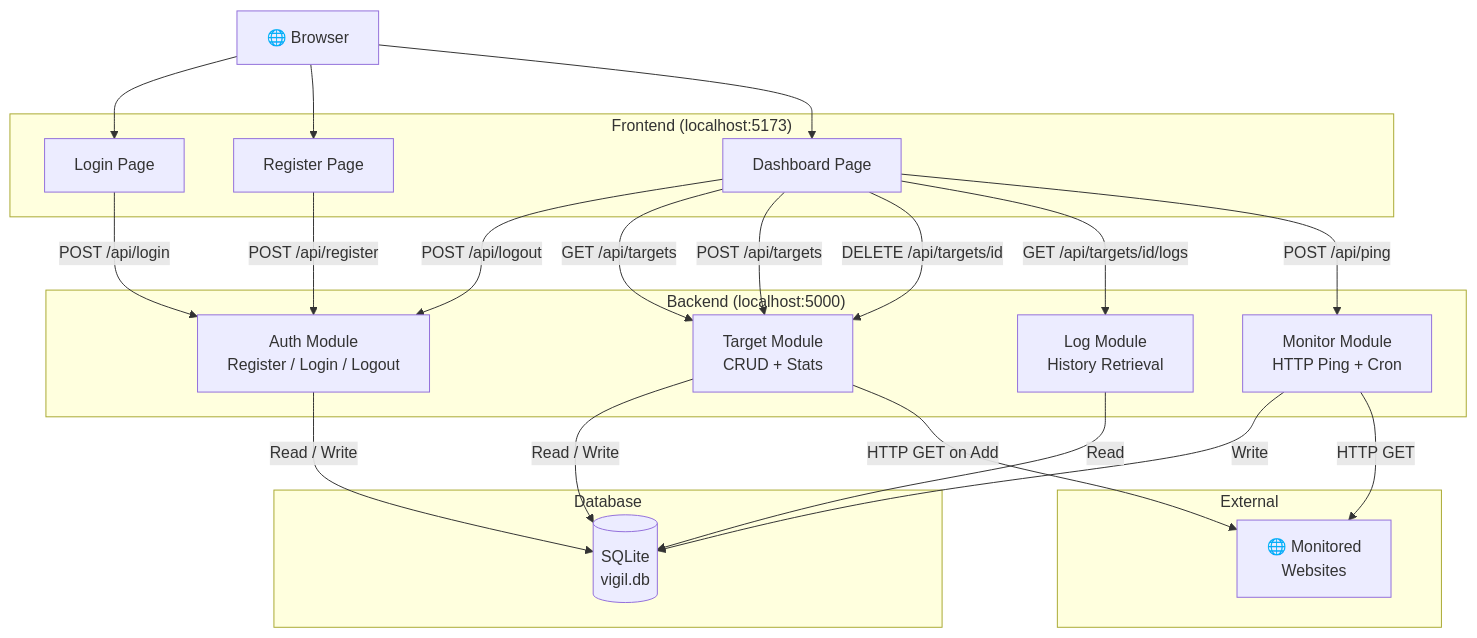
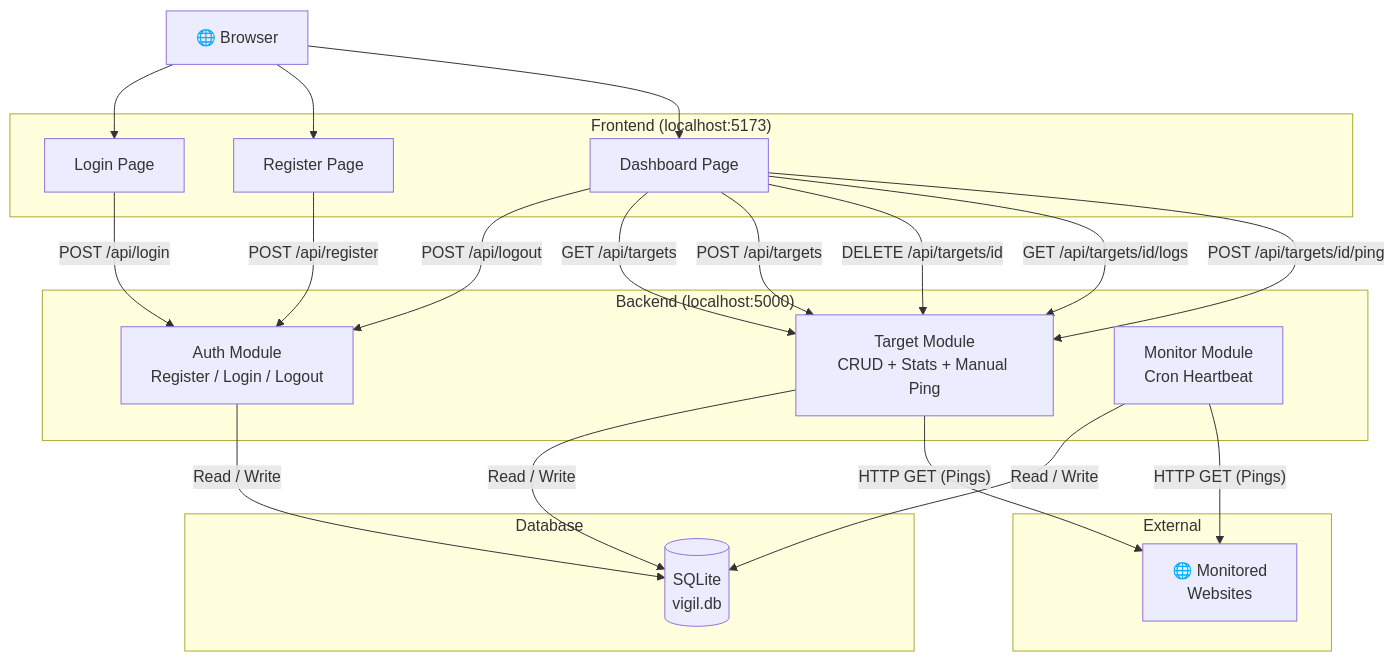
Before and after one commit to Abdelrahman744/Vigil-v2-flask: the fourth of 4 diagrams in README.md, drawn with Mermaid. The commit also changed other lines of this file, not shown here.

Commit message:
docs: sync architecture diagrams, DFDs, folder layouts, and API details in README

````diff
--- a/README.md
+++ b/README.md
@@ -219,45 +232,43 @@
 ```mermaid
 graph TB
     Browser["🌐 Browser"]
 
     subgraph "Frontend (localhost:5173)"
         Login["Login Page"]
         Register["Register Page"]
         Dashboard["Dashboard Page"]
     end
 
     subgraph "Backend (localhost:5000)"
         Auth["Auth Module<br/>Register / Login / Logout"]
-        Targets["Target Module<br/>CRUD + Stats"]
-        Logs["Log Module<br/>History Retrieval"]
-        Monitor["Monitor Module<br/>HTTP Ping + Cron"]
+        Targets["Target Module<br/>CRUD + Stats + Manual Ping"]
+        Monitor["Monitor Module<br/>Cron Heartbeat"]
     end
 
     subgraph "Database"
         DB[("SQLite<br/>vigil.db")]
     end
 
     subgraph "External"
         Web["🌐 Monitored<br/>Websites"]
     end
 
     Browser --> Login
     Browser --> Register
     Browser --> Dashboard
 
     Login -->|"POST /api/login"| Auth
     Register -->|"POST /api/register"| Auth
     Dashboard -->|"POST /api/logout"| Auth
     Dashboard -->|"GET /api/targets"| Targets
     Dashboard -->|"POST /api/targets"| Targets
     Dashboard -->|"DELETE /api/targets/id"| Targets
-    Dashboard -->|"GET /api/targets/id/logs"| Logs
-    Dashboard -->|"POST /api/ping"| Monitor
+    Dashboard -->|"GET /api/targets/id/logs"| Targets
+    Dashboard -->|"POST /api/targets/id/ping"| Targets
 
     Auth -->|"Read / Write"| DB
     Targets -->|"Read / Write"| DB
-    Logs -->|"Read"| DB
-    Monitor -->|"Write"| DB
-    Monitor -->|"HTTP GET"| Web
-    Targets -->|"HTTP GET on Add"| Web
+    Targets -->|"HTTP GET (Pings)"| Web
+    Monitor -->|"Read / Write"| DB
+    Monitor -->|"HTTP GET (Pings)"| Web
 ```
````
